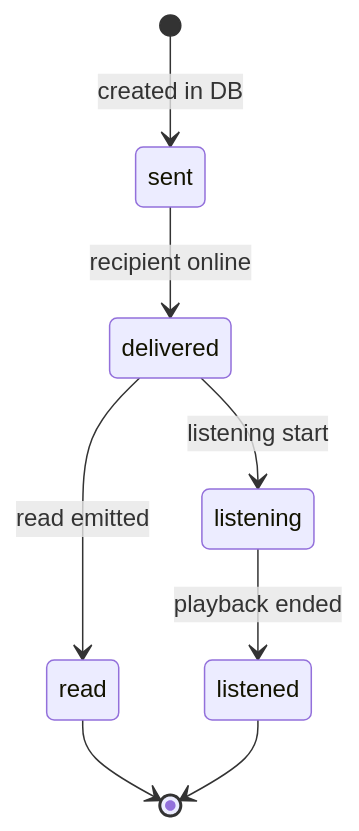
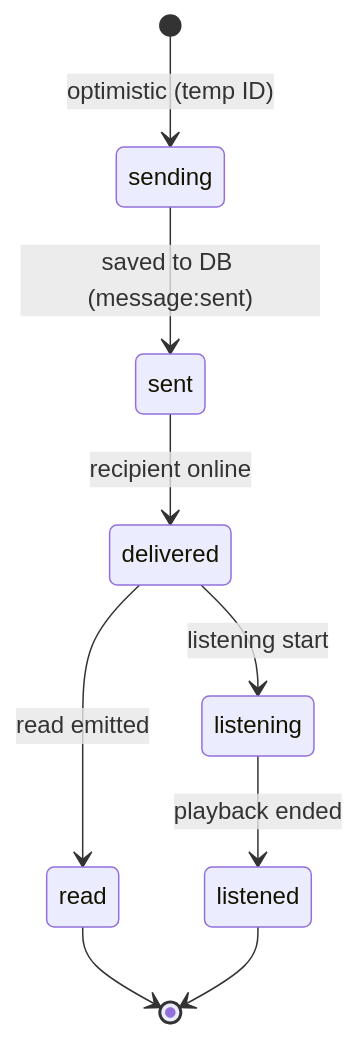
The fourth of 8 diagrams in Documentation/Features/MESSAGING.md (neofuture/chatr), drawn with Mermaid before and after one commit. The commit also changed other lines of this file and 158 other files, not shown here.

````diff
--- a/Documentation/Features/MESSAGING.md
+++ b/Documentation/Features/MESSAGING.md
@@ -17,10 +98,11 @@
 ```mermaid
 stateDiagram-v2
-    [*] --> sent : created in DB
+    [*] --> sending : optimistic (temp ID)
+    sending --> sent : saved to DB (message:sent)
     sent --> delivered : recipient online
     delivered --> read : read emitted
     delivered --> listening : listening start
     listening --> listened : playback ended
     read --> [*]
     listened --> [*]
 ```
````
